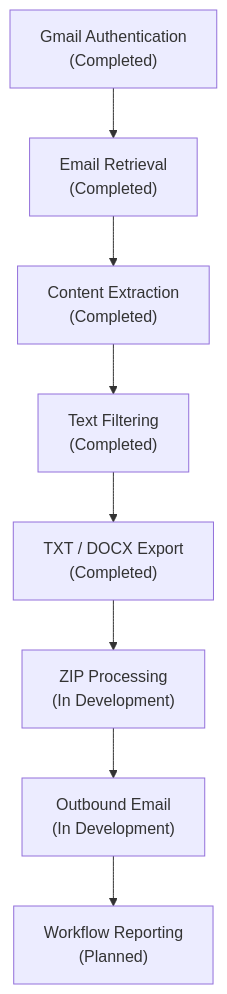
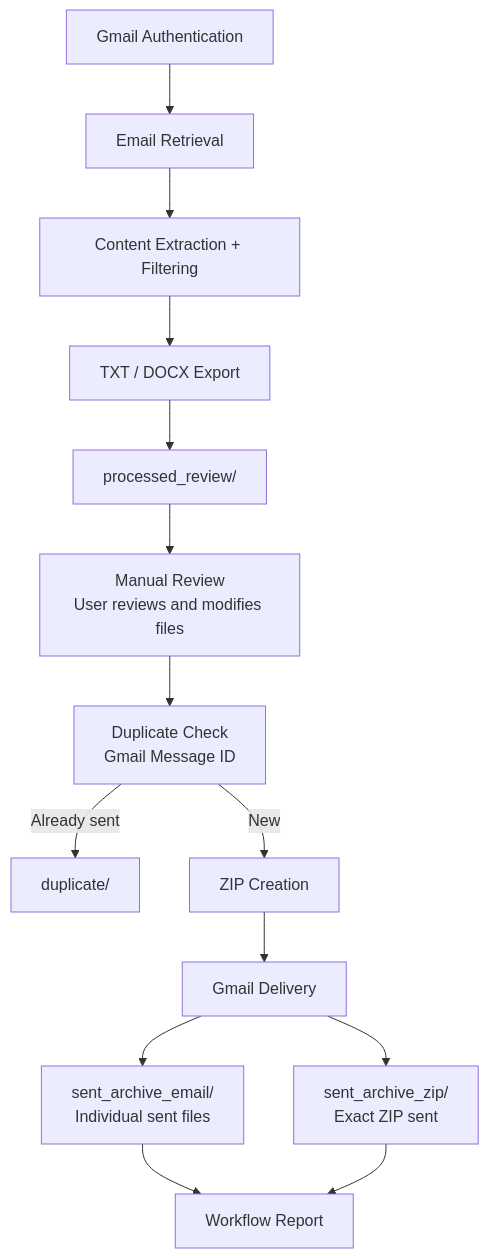
Before and after one commit to myemail4db/email-automation-Java-SpringBoot: the diagram in README.md, drawn with Mermaid. The commit also changed other lines of this file, not shown here.

Commit message:
docs: update README for completed email workflow

````diff
--- a/README.md
+++ b/README.md
@@ -78,10 +78,16 @@
 ```mermaid
 flowchart TD
-    A["Gmail Authentication<br/>(Completed)"] --> B["Email Retrieval<br/>(Completed)"]
-    B --> C["Content Extraction<br/>(Completed)"]
-    C --> D["Text Filtering<br/>(Completed)"]
-    D --> E["TXT / DOCX Export<br/>(Completed)"]
-    E --> F["ZIP Processing<br/>(In Development)"]
-    F --> G["Outbound Email<br/>(In Development)"]
-    G --> H["Workflow Reporting<br/>(Planned)"]
+    A["Gmail Authentication"] --> B["Email Retrieval"]
+    B --> C["Content Extraction + Filtering"]
+    C --> D["TXT / DOCX Export"]
+    D --> E["processed_review/"]
+    E --> F["Manual Review<br/>User reviews and modifies files"]
+    F --> G["Duplicate Check<br/>Gmail Message ID"]
+    G -->|Already sent| H["duplicate/"]
+    G -->|New| I["ZIP Creation"]
+    I --> J["Gmail Delivery"]
+    J --> K["sent_archive_email/<br/>Individual sent files"]
+    J --> L["sent_archive_zip/<br/>Exact ZIP sent"]
+    K --> M["Workflow Report"]
+    L --> M
 ```
````
